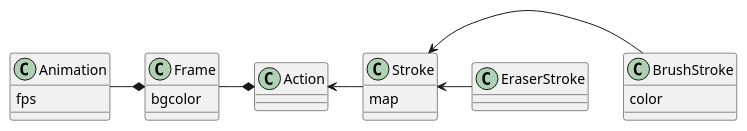
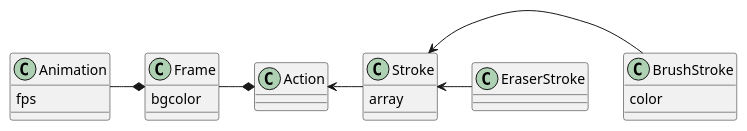
One commit to guidanoli/edutech-mvp changed the diagram in docs/animation.pu. Above: the diagram before and after it, drawn with PlantUML. The commit also changed 7 other files, not shown here.

```diff
--- a/docs/animation.pu
+++ b/docs/animation.pu
@@ -1,27 +1,27 @@
 @startuml
 class Animation {
     {field} fps
 }
 
 class Frame {
     {field} bgcolor
 }
 
 class Action
 
 class Stroke {
-    {field} map
+    {field} array
 }
 
 class BrushStroke {
     {field} color
 }
 
 class EraserStroke
 
 Animation -* Frame
 Frame -* Action
 Action <- Stroke
 Stroke <- BrushStroke
 Stroke <- EraserStroke
 @enduml
```
